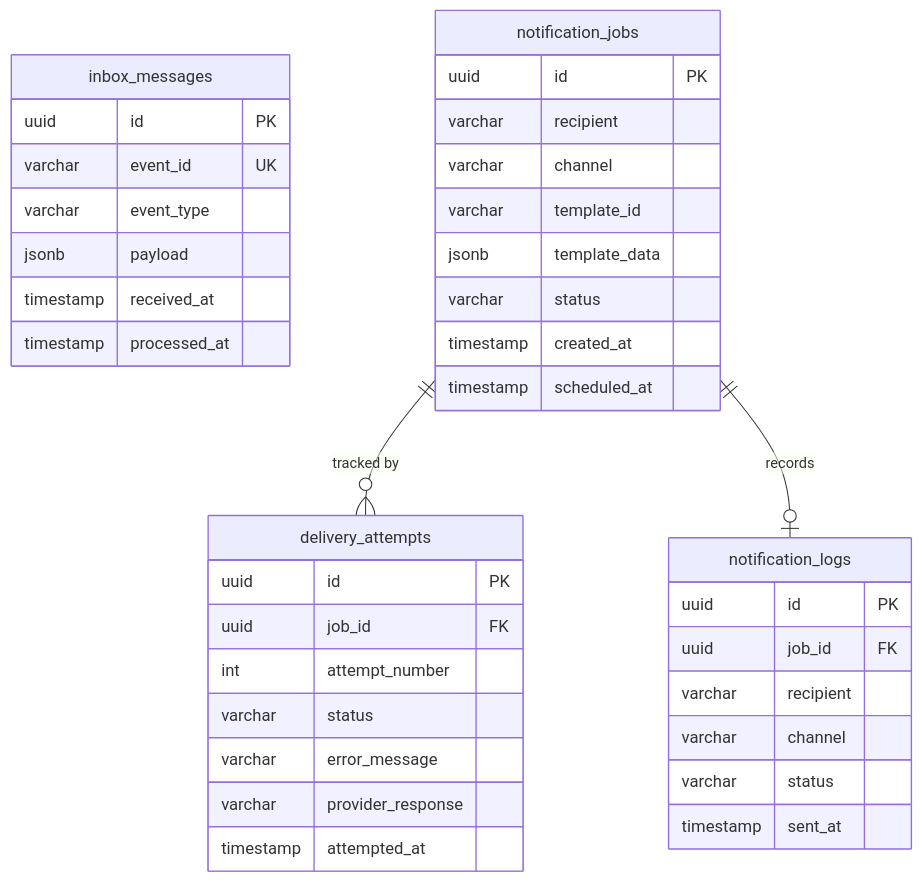
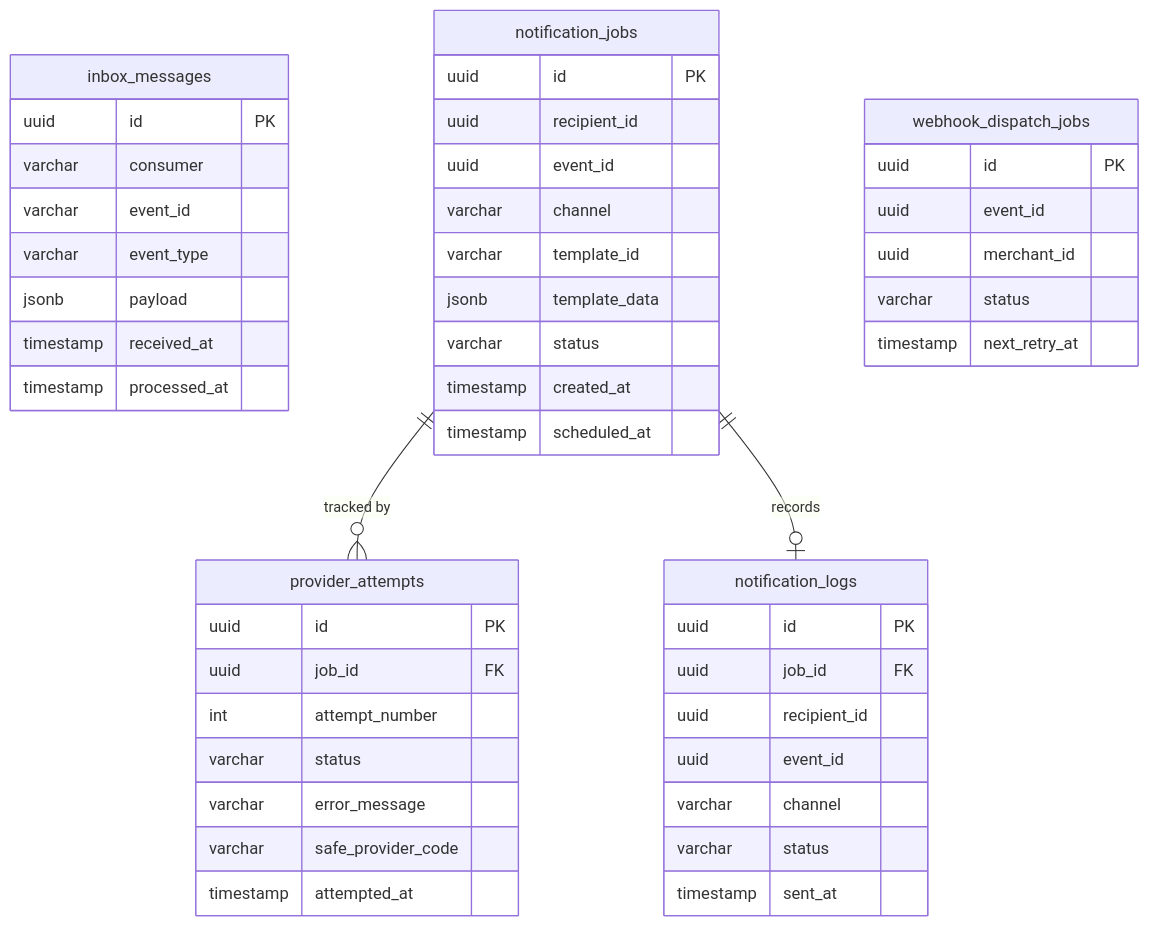
One commit to SwiftDrop-Group09/swiftdrop-docs changed the sixth of 7 diagrams in design/diagrams/er/README.md. Above: the diagram before and after it, drawn with Mermaid. The commit also changed other lines of this file and 56 other files, not shown here.

Commit message:
docs: revise and export required workflow diagrams

````diff
--- a/design/diagrams/er/README.md
+++ b/design/diagrams/er/README.md
@@ -312,44 +358,54 @@
 ```mermaid
 erDiagram
     inbox_messages {
         uuid id PK
-        varchar event_id UK
+        varchar consumer
+        varchar event_id
         varchar event_type
         jsonb payload
         timestamp received_at
         timestamp processed_at
     }
 
     notification_jobs {
         uuid id PK
-        varchar recipient
+        uuid recipient_id
+        uuid event_id
         varchar channel
         varchar template_id
         jsonb template_data
         varchar status
         timestamp created_at
         timestamp scheduled_at
     }
 
-    delivery_attempts {
+    provider_attempts {
         uuid id PK
         uuid job_id FK
         int attempt_number
         varchar status
         varchar error_message
-        varchar provider_response
+        varchar safe_provider_code
         timestamp attempted_at
     }
 
     notification_logs {
         uuid id PK
         uuid job_id FK
-        varchar recipient
+        uuid recipient_id
+        uuid event_id
         varchar channel
         varchar status
         timestamp sent_at
     }
 
-    notification_jobs ||--o{ delivery_attempts : "tracked by"
+    webhook_dispatch_jobs {
+        uuid id PK
+        uuid event_id
+        uuid merchant_id
+        varchar status
+        timestamp next_retry_at
+    }
+    notification_jobs ||--o{ provider_attempts : "tracked by"
     notification_jobs ||--o| notification_logs : "records"
 ```
````
